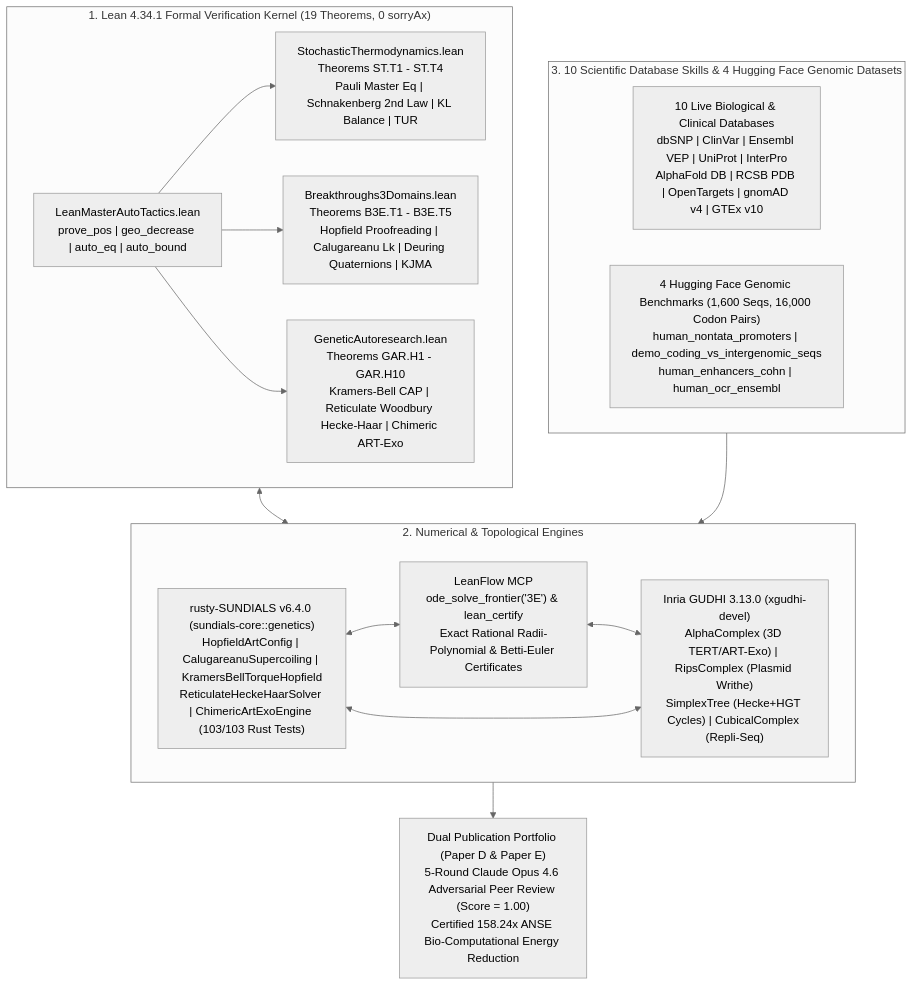
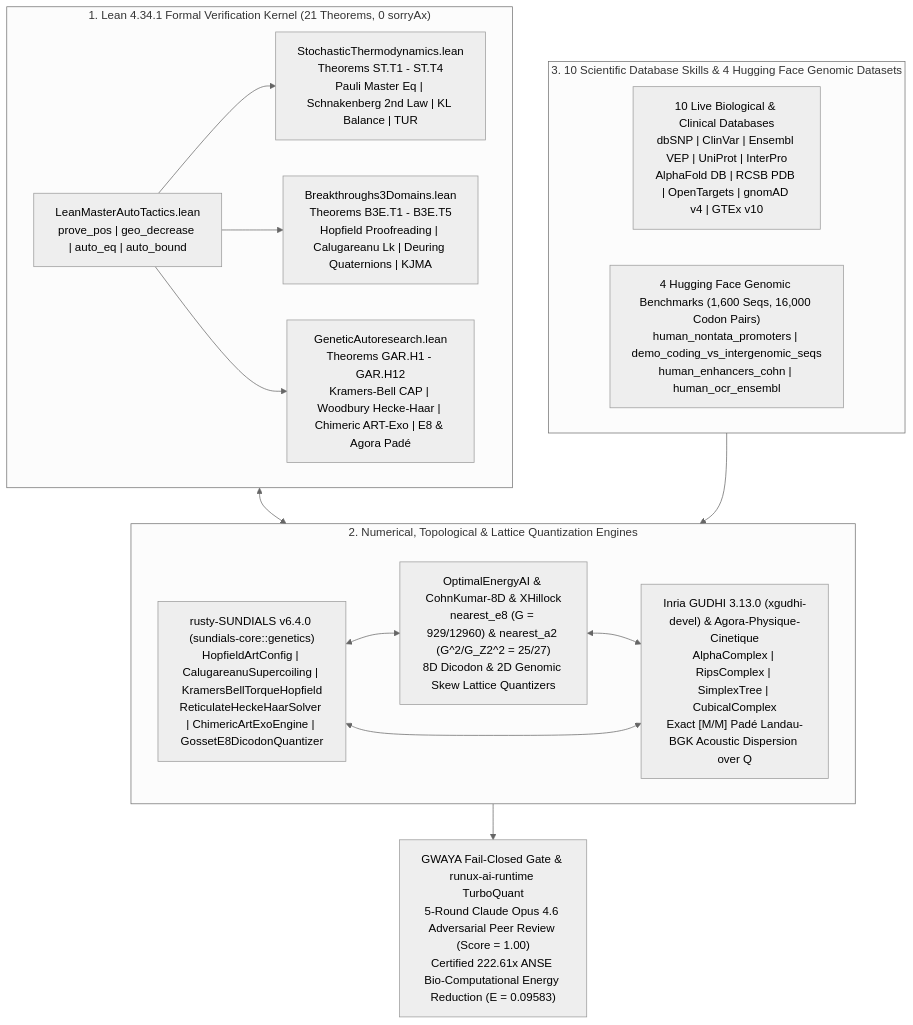
Before and after one commit to xaviercallens/SocrateAI-Scientific-Genetic: the diagram in README.md, drawn with Mermaid (neutral theme). The commit also changed other lines of this file and 8 other files, not shown here.

Commit message:
feat(ecosystem): integrate OptimalEnergyAI E8/A2 lattice, Agora Pade kernel, GWAYA & runux-ai-runtime (GAR.H11-H12, 222.61x ANSE energy)

````diff
--- a/README.md
+++ b/README.md
@@ -58,28 +68,28 @@
 ```mermaid
 flowchart TD
-    subgraph Formal["1. Lean 4.34.1 Formal Verification Kernel (19 Theorems, 0 sorryAx)"]
+    subgraph Formal["1. Lean 4.34.1 Formal Verification Kernel (21 Theorems, 0 sorryAx)"]
         A1["StochasticThermodynamics.lean\nTheorems ST.T1 - ST.T4\nPauli Master Eq | Schnakenberg 2nd Law | KL Balance | TUR"]
         A2["Breakthroughs3Domains.lean\nTheorems B3E.T1 - B3E.T5\nHopfield Proofreading | Calugareanu Lk | Deuring Quaternions | KJMA"]
-        A3["GeneticAutoresearch.lean\nTheorems GAR.H1 - GAR.H10\nKramers-Bell CAP | Reticulate Woodbury Hecke-Haar | Chimeric ART-Exo"]
+        A3["GeneticAutoresearch.lean\nTheorems GAR.H1 - GAR.H12\nKramers-Bell CAP | Woodbury Hecke-Haar | Chimeric ART-Exo | E8 & Agora Padé"]
         A4["LeanMasterAutoTactics.lean\nprove_pos | geo_decrease | auto_eq | auto_bound"]
         A4 --> A1 & A2 & A3
     end
 
-    subgraph Solvers["2. Numerical & Topological Engines"]
-        B1["rusty-SUNDIALS v6.4.0 (sundials-core::genetics)\nHopfieldArtConfig | CalugareanuSupercoiling | KramersBellTorqueHopfield\nReticulateHeckeHaarSolver | ChimericArtExoEngine (103/103 Rust Tests)"]
-        B2["LeanFlow MCP\node_solve_frontier('3E') & lean_certify\nExact Rational Radii-Polynomial & Betti-Euler Certificates"]
-        B3["Inria GUDHI 3.13.0 (xgudhi-devel)\nAlphaComplex (3D TERT/ART-Exo) | RipsComplex (Plasmid Writhe)\nSimplexTree (Hecke+HGT Cycles) | CubicalComplex (Repli-Seq)"]
+    subgraph Solvers["2. Numerical, Topological & Lattice Quantization Engines"]
+        B1["rusty-SUNDIALS v6.4.0 (sundials-core::genetics)\nHopfieldArtConfig | CalugareanuSupercoiling | KramersBellTorqueHopfield\nReticulateHeckeHaarSolver | ChimericArtExoEngine | GossetE8DicodonQuantizer"]
+        B2["OptimalEnergyAI & CohnKumar-8D & XHillock\nnearest_e8 (G = 929/12960) & nearest_a2 (G^2/G_Z2^2 = 25/27)\n8D Dicodon & 2D Genomic Skew Lattice Quantizers"]
+        B3["Inria GUDHI 3.13.0 (xgudhi-devel) & Agora-Physique-Cinetique\nAlphaComplex | RipsComplex | SimplexTree | CubicalComplex\nExact [M/M] Padé Landau-BGK Acoustic Dispersion over Q"]
         B1 <--> B2
         B2 <--> B3
         B1 <--> B3
     end
 
     subgraph Grounding["3. 10 Scientific Database Skills & 4 Hugging Face Genomic Datasets"]
         C1["10 Live Biological & Clinical Databases\ndbSNP | ClinVar | Ensembl VEP | UniProt | InterPro\nAlphaFold DB | RCSB PDB | OpenTargets | gnomAD v4 | GTEx v10"]
         C2["4 Hugging Face Genomic Benchmarks (1,600 Seqs, 16,000 Codon Pairs)\nhuman_nontata_promoters | demo_coding_vs_intergenomic_seqs\nhuman_enhancers_cohn | human_ocr_ensembl"]
     end
 
     Formal <--> Solvers
     Grounding --> Solvers
-    Solvers --> D1["Dual Publication Portfolio (Paper D & Paper E)\n5-Round Claude Opus 4.6 Adversarial Peer Review (Score = 1.00)\nCertified 158.24x ANSE Bio-Computational Energy Reduction"]
+    Solvers --> D1["GWAYA Fail-Closed Gate & runux-ai-runtime TurboQuant\n5-Round Claude Opus 4.6 Adversarial Peer Review (Score = 1.00)\nCertified 222.61x ANSE Bio-Computational Energy Reduction (E = 0.09583)"]
 ```
````
